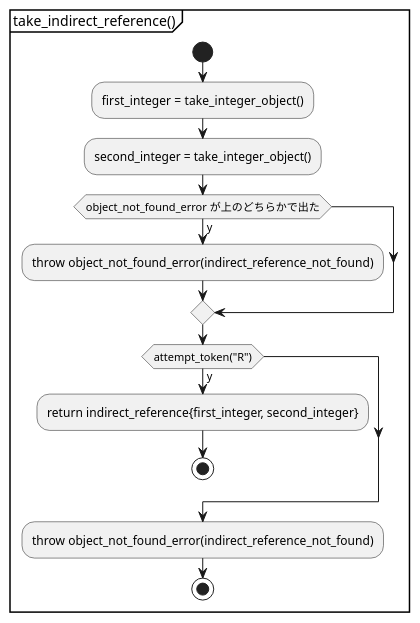
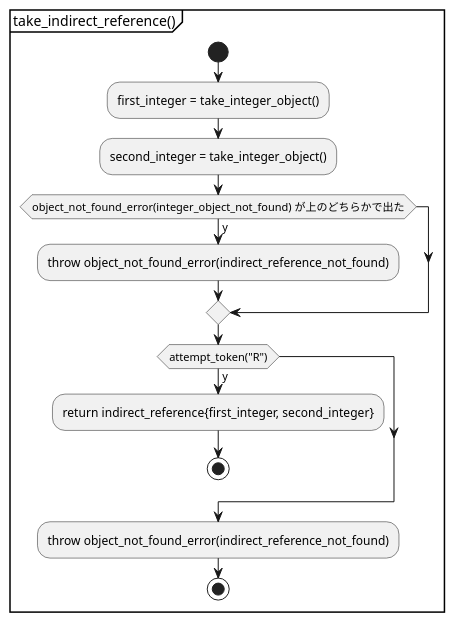
Diagram 16 of 17 in document/stream_parser.activity.pu (KodaiYM/PDFReader), drawn with PlantUML before and after one commit. The commit also changed other lines of this file and 6 other files, not shown here.

Commit message:
take_object_test の作成と、object_not_found_error の catch 時にエラーを特定するようにした

```diff
--- a/document/stream_parser.activity.pu
+++ b/document/stream_parser.activity.pu
@@ -473,18 +473,18 @@
 @startuml take_indirect_reference
 partition "take_indirect_reference()" {
 start
 	:first_integer  = take_integer_object();
 	:second_integer = take_integer_object();
-	if (object_not_found_error が上のどちらかで出た) then (y)
+	if (object_not_found_error(integer_object_not_found) が上のどちらかで出た) then (y)
 		:throw object_not_found_error(indirect_reference_not_found);
 	endif
 
 	if (attempt_token("R")) then (y)
 		:return indirect_reference{first_integer, second_integer};
 		stop
 	endif
 
 	:throw object_not_found_error(indirect_reference_not_found);
 stop
 }
 @enduml
```
